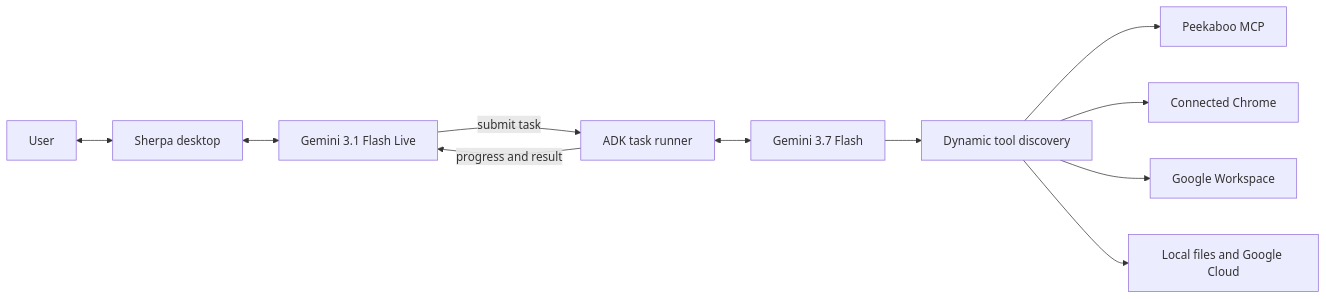
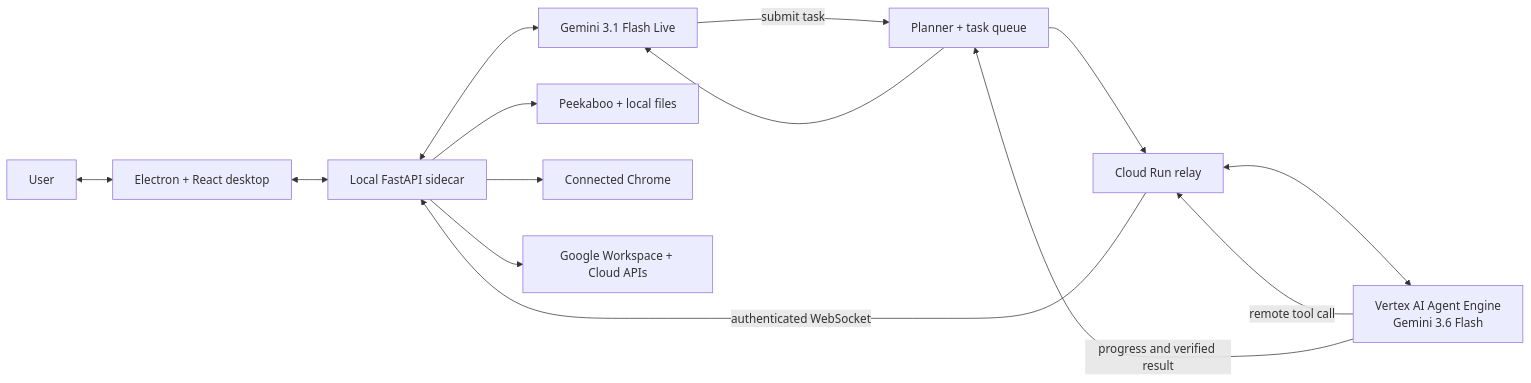
Before and after one commit to victorbash400/Sherpa: the diagram in README.md, drawn with Mermaid. The commit also changed other lines of this file, not shown here.

Commit message:
Expand Sherpa README

````diff
--- a/README.md
+++ b/README.md
@@ -22,13 +67,16 @@
 ```mermaid
 flowchart LR
-    User["User"] <--> Desktop["Sherpa desktop"]
-    Desktop <--> Live["Gemini 3.1 Flash Live"]
-    Live -->|submit task| Queue["ADK task runner"]
-    Queue <--> Worker["Gemini 3.7 Flash"]
-    Worker --> Registry["Dynamic tool discovery"]
-    Registry --> Mac["Peekaboo MCP"]
-    Registry --> Browser["Connected Chrome"]
-    Registry --> Workspace["Google Workspace"]
-    Registry --> Cloud["Local files and Google Cloud"]
-    Queue -->|progress and result| Live
+    User["User"] <--> Desktop["Electron + React desktop"]
+    Desktop <--> Sidecar["Local FastAPI sidecar"]
+    Sidecar <--> Live["Gemini 3.1 Flash Live"]
+    Live -->|submit task| Queue["Planner + task queue"]
+    Queue --> Relay["Cloud Run relay"]
+    Relay <--> Engine["Vertex AI Agent Engine\nGemini 3.6 Flash"]
+    Engine -->|remote tool call| Relay
+    Relay -->|authenticated WebSocket| Sidecar
+    Sidecar --> Mac["Peekaboo + local files"]
+    Sidecar --> Browser["Connected Chrome"]
+    Sidecar --> Workspace["Google Workspace + Cloud APIs"]
+    Engine -->|progress and verified result| Queue
+    Queue --> Live
 ```
````
